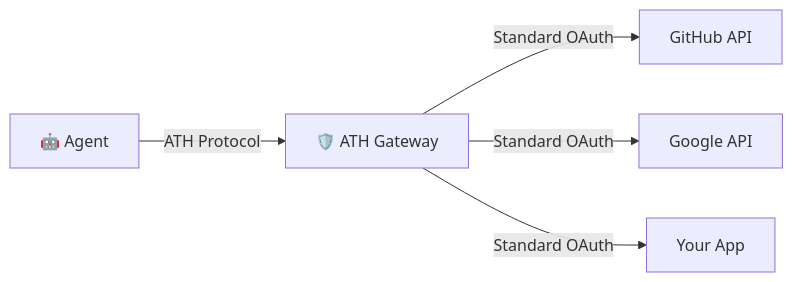
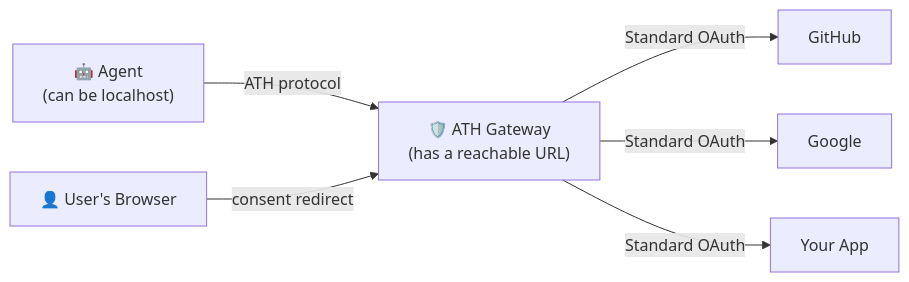
One commit to ath-protocol/docs changed the first of 3 diagrams in setup-gateway/tutorial.mdx. Above: the diagram before and after it, drawn with Mermaid. The commit also changed other lines of this file and 9 other files, not shown here.

````diff
--- a/setup-gateway/tutorial.mdx
+++ b/setup-gateway/tutorial.mdx
@@ -8,7 +10,8 @@
 ```mermaid
 graph LR
-    Agent["🤖 Agent"] -->|"ATH Protocol"| GW["🛡️ ATH Gateway"]
-    GW -->|"Standard OAuth"| GitHub["GitHub API"]
-    GW -->|"Standard OAuth"| Google["Google API"]
-    GW -->|"Standard OAuth"| Shop["Your App"]
+    Agent["🤖 Agent<br/>(can be localhost)"] -->|"ATH protocol"| GW["🛡️ ATH Gateway<br/>(has a reachable URL)"]
+    GW -->|"Standard OAuth"| GitHub["GitHub"]
+    GW -->|"Standard OAuth"| Google["Google"]
+    GW -->|"Standard OAuth"| YourApp["Your App"]
+    Browser["👤 User's Browser"] -->|"consent redirect"| GW
 ```
````
